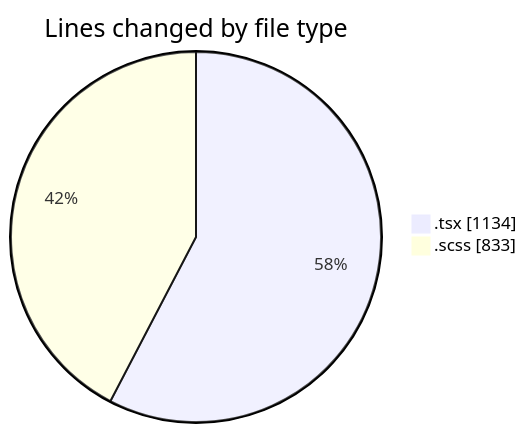
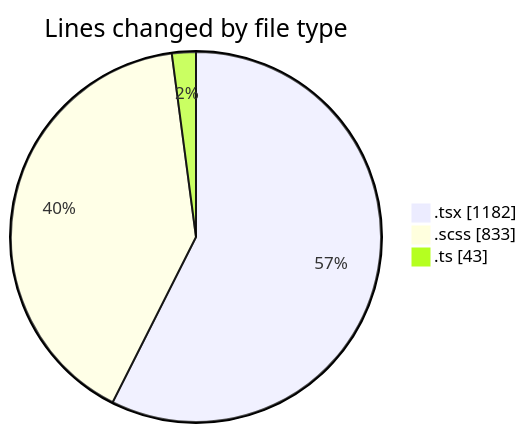
The first of 2 diagrams in 2025-10-06/cda/README.md (momahboobian/code-tracking), drawn with Mermaid before and after one commit. The commit also changed other lines of this file and 1 other file, not shown here.

````diff
--- a/2025-10-06/cda/README.md
+++ b/2025-10-06/cda/README.md
@@ -24,6 +25,7 @@
 ```mermaid
 pie showData
 title Lines changed by file type
-".tsx" : 1134
+".tsx" : 1182
 ".scss" : 833
+".ts" : 43
 ```
````
